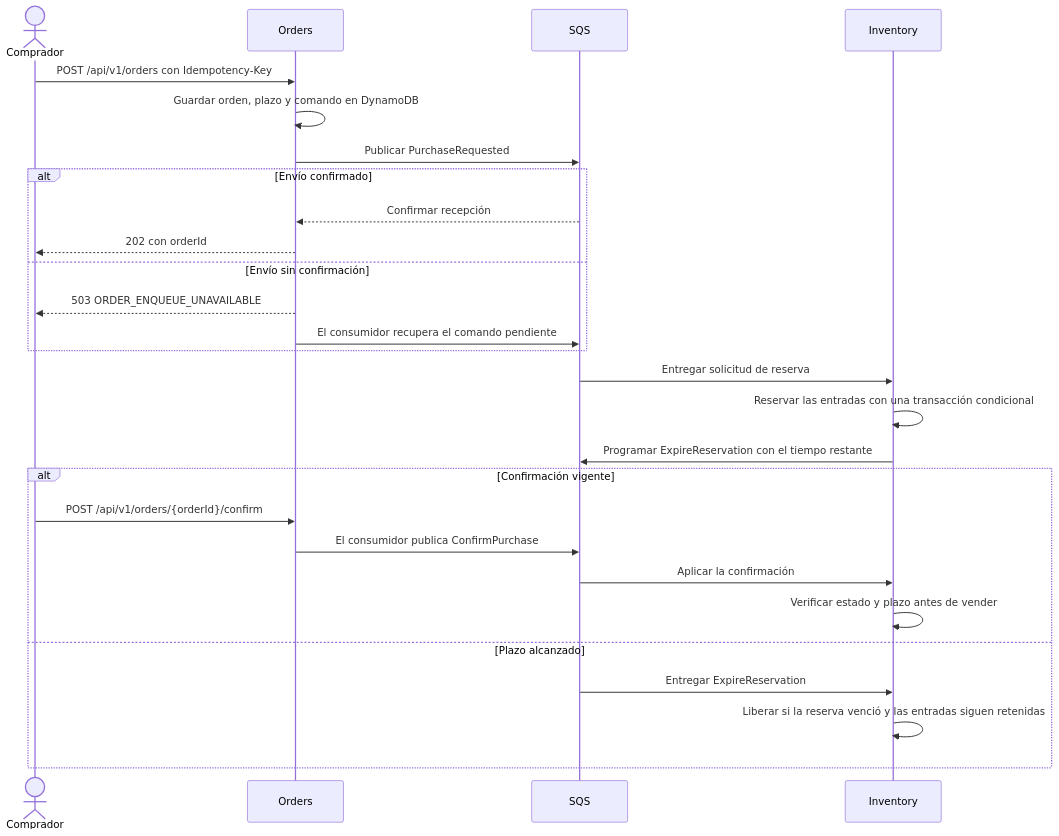
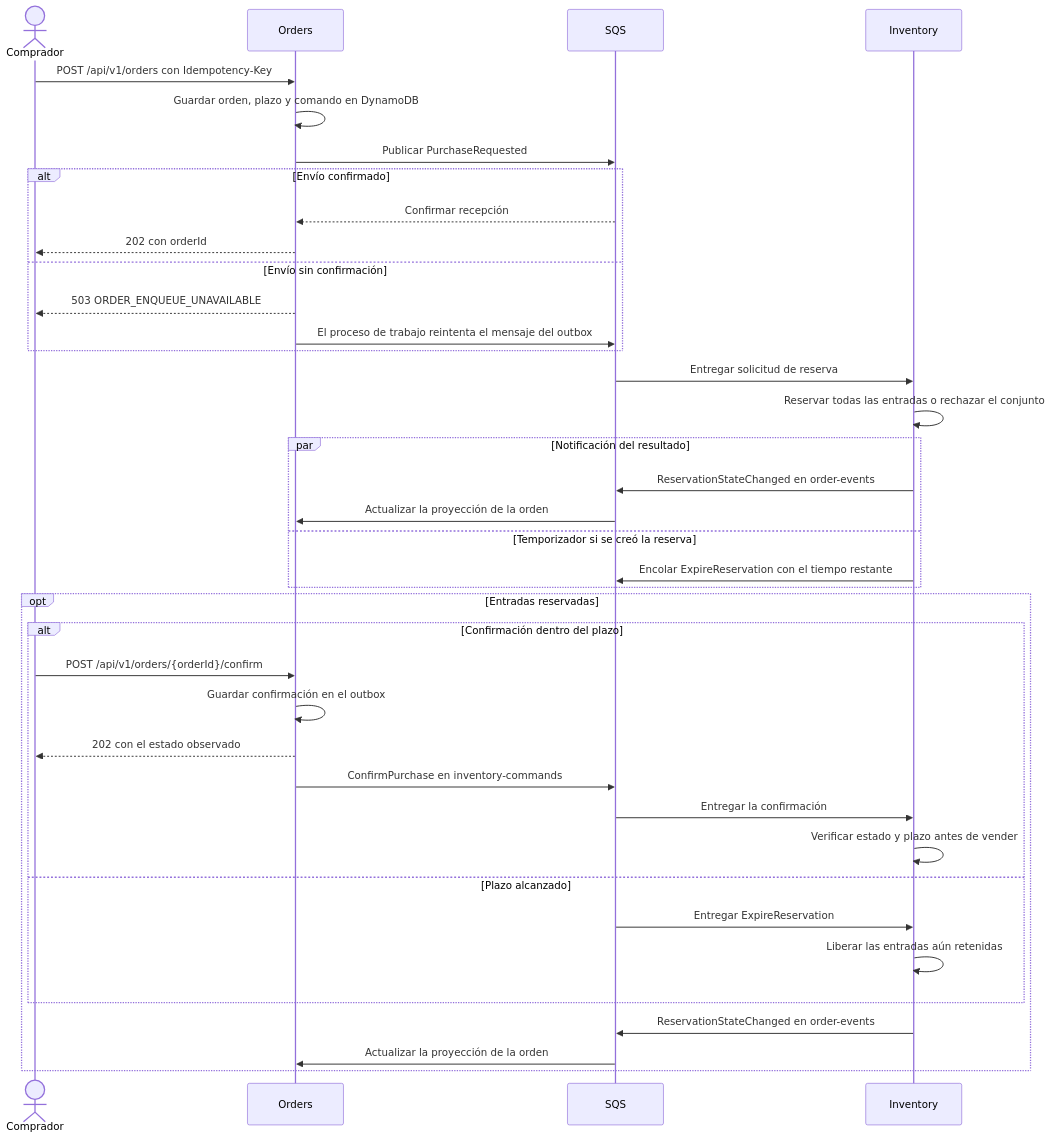
Before and after one commit to dorlanpabon/ticketing-platform: the third of 3 diagrams in docs/arquitectura.md, drawn with Mermaid. The commit also changed other lines of this file and 2 other files, not shown here.

Commit message:
docs: mostrar los flujos y simplificar los ejemplos de API

````diff
--- a/docs/arquitectura.md
+++ b/docs/arquitectura.md
@@ -28,30 +59,41 @@
 ```mermaid
 sequenceDiagram
     actor U as Comprador
     participant O as Orders
     participant Q as SQS
     participant I as Inventory
 
     U->>O: POST /api/v1/orders con Idempotency-Key
     O->>O: Guardar orden, plazo y comando en DynamoDB
     O->>Q: Publicar PurchaseRequested
     alt Envío confirmado
         Q-->>O: Confirmar recepción
         O-->>U: 202 con orderId
     else Envío sin confirmación
         O-->>U: 503 ORDER_ENQUEUE_UNAVAILABLE
-        O->>Q: El consumidor recupera el comando pendiente
+        O->>Q: El proceso de trabajo reintenta el mensaje del outbox
     end
     Q->>I: Entregar solicitud de reserva
-    I->>I: Reservar las entradas con una transacción condicional
-    I->>Q: Programar ExpireReservation con el tiempo restante
-    alt Confirmación vigente
-        U->>O: POST /api/v1/orders/{orderId}/confirm
-        O->>Q: El consumidor publica ConfirmPurchase
-        Q->>I: Aplicar la confirmación
-        I->>I: Verificar estado y plazo antes de vender
-    else Plazo alcanzado
-        Q->>I: Entregar ExpireReservation
-        I->>I: Liberar si la reserva venció y las entradas siguen retenidas
+    I->>I: Reservar todas las entradas o rechazar el conjunto
+    par Notificación del resultado
+        I->>Q: ReservationStateChanged en order-events
+        Q->>O: Actualizar la proyección de la orden
+    and Temporizador si se creó la reserva
+        I->>Q: Encolar ExpireReservation con el tiempo restante
+    end
+    opt Entradas reservadas
+        alt Confirmación dentro del plazo
+            U->>O: POST /api/v1/orders/{orderId}/confirm
+            O->>O: Guardar confirmación en el outbox
+            O-->>U: 202 con el estado observado
+            O->>Q: ConfirmPurchase en inventory-commands
+            Q->>I: Entregar la confirmación
+            I->>I: Verificar estado y plazo antes de vender
+        else Plazo alcanzado
+            Q->>I: Entregar ExpireReservation
+            I->>I: Liberar las entradas aún retenidas
+        end
+        I->>Q: ReservationStateChanged en order-events
+        Q->>O: Actualizar la proyección de la orden
     end
 ```
````
